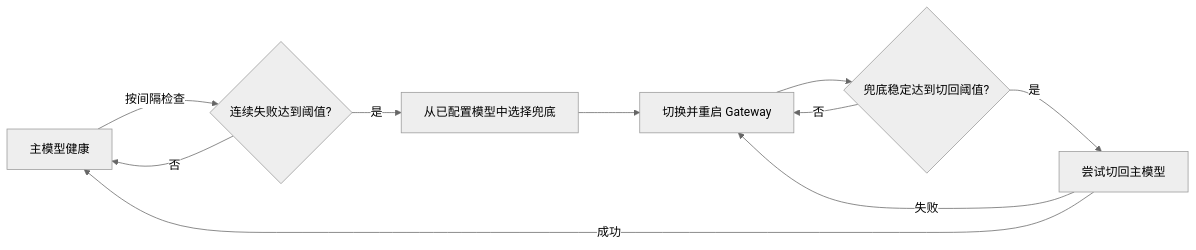
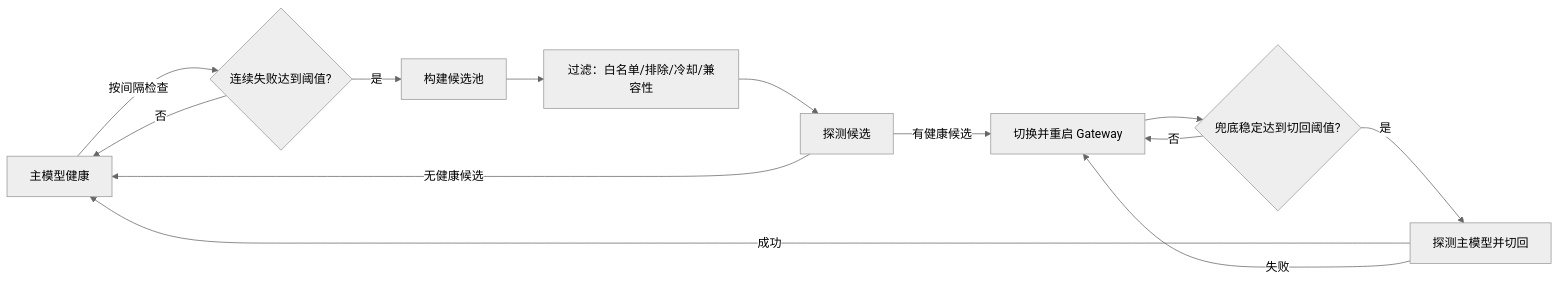
One commit to BovmantH/openclaw-model-failover-guard changed the second of 2 diagrams in README.md. Above: the diagram before and after it, drawn with Mermaid (neutral theme). The commit also changed other lines of this file, not shown here.

Commit message:
docs: update architecture diagram

````diff
--- a/README.md
+++ b/README.md
@@ -124,12 +127,15 @@
 ```mermaid
 flowchart LR
   A[主模型健康] -->|按间隔检查| B{连续失败达到阈值?}
   B -->|否| A
-  B -->|是| C[从已配置模型中选择兜底]
-  C --> D[切换并重启 Gateway]
-  D --> E{兜底稳定达到切回阈值?}
-  E -->|否| D
-  E -->|是| F[尝试切回主模型]
-  F -->|成功| A
-  F -->|失败| D
+  B -->|是| C[构建候选池]
+  C --> D[过滤：白名单/排除/冷却/兼容性]
+  D --> E[探测候选]
+  E -->|有健康候选| F[切换并重启 Gateway]
+  E -->|无健康候选| A
+  F --> G{兜底稳定达到切回阈值?}
+  G -->|否| F
+  G -->|是| H[探测主模型并切回]
+  H -->|成功| A
+  H -->|失败| F
 ```
````
